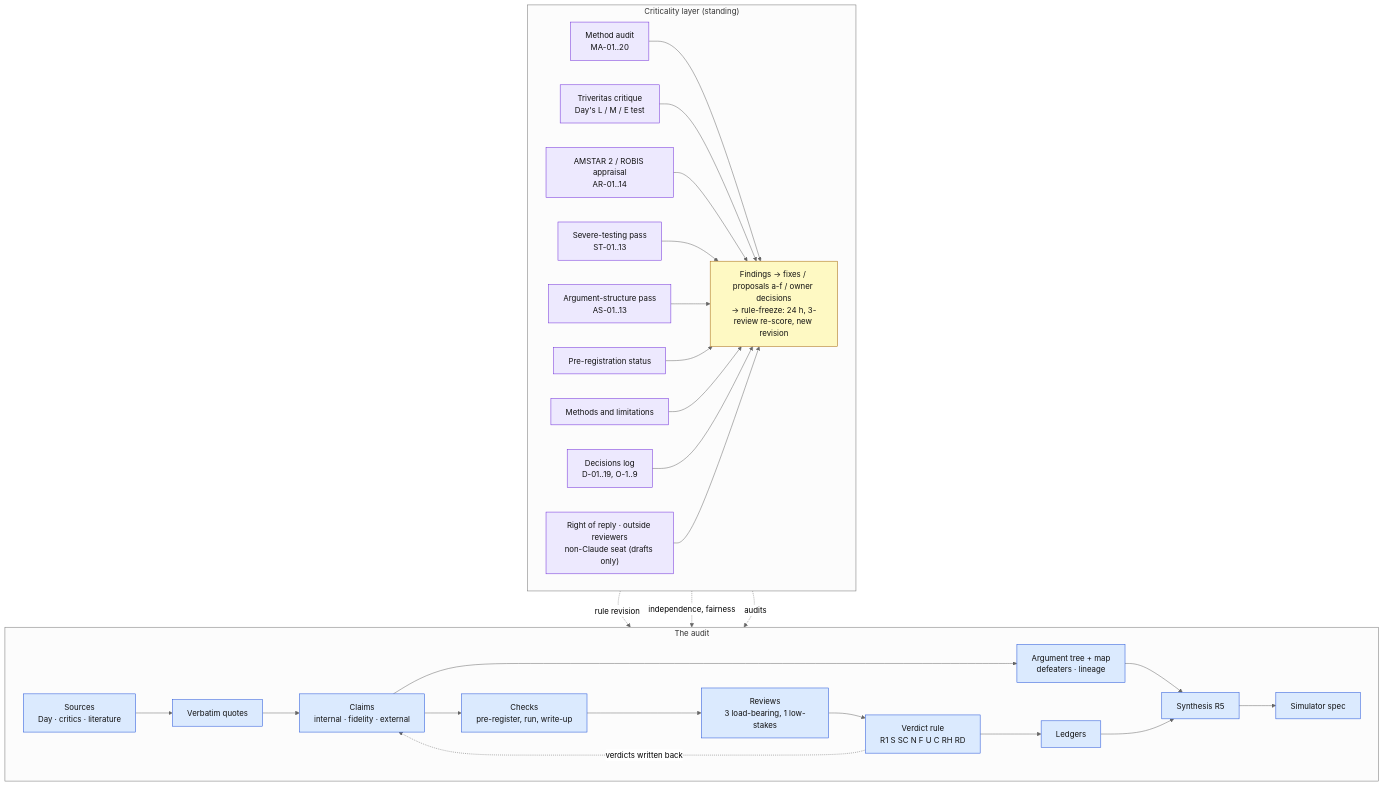
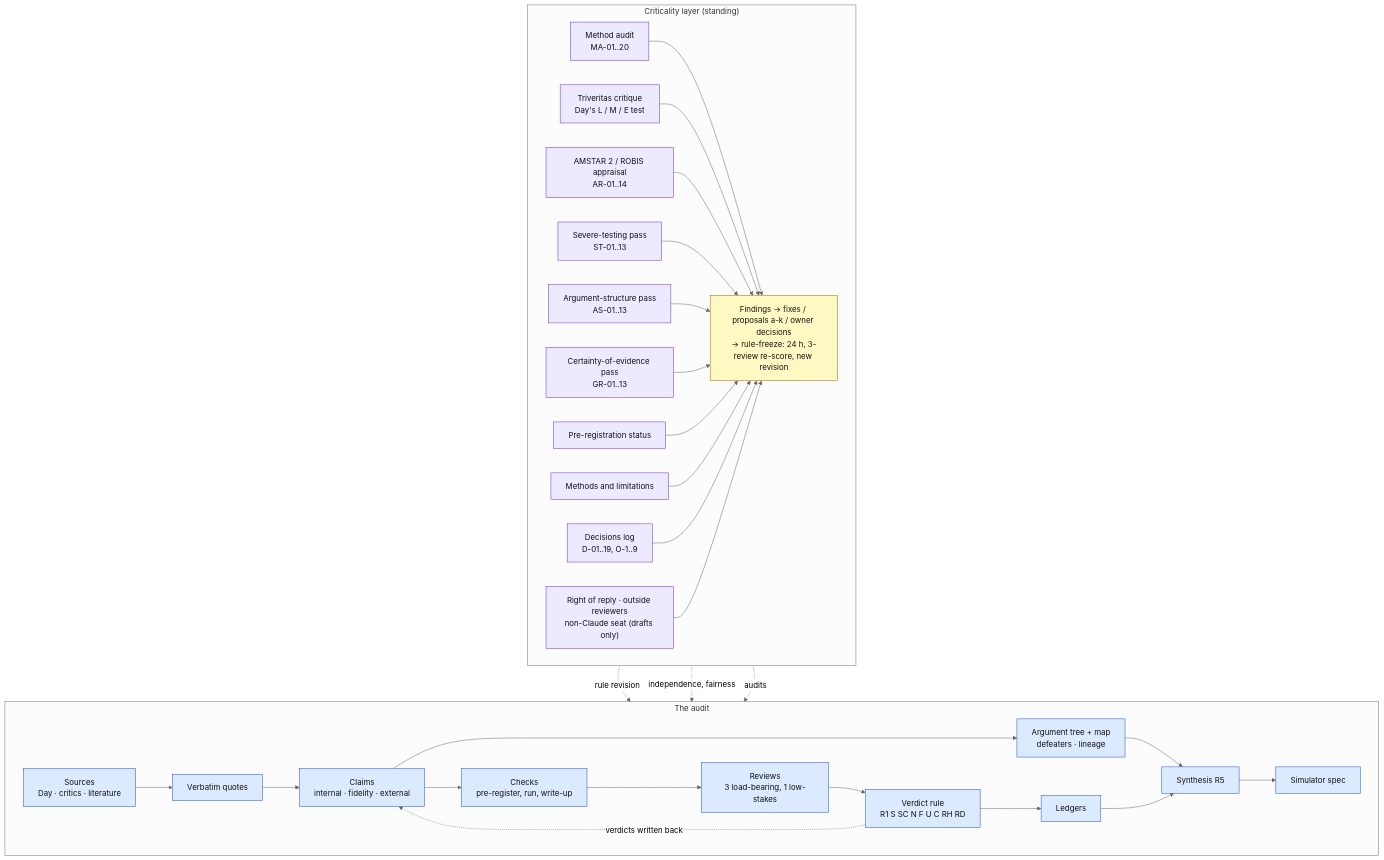
The diagram in docs/research/criticality/README.md (nickallevato/evo-sim), drawn with Mermaid (neutral theme) before and after one commit. The commit also changed other lines of this file and 5 other files, not shown here.

````diff
--- a/docs/research/criticality/README.md
+++ b/docs/research/criticality/README.md
@@ -13,33 +13,34 @@
 ```mermaid
 flowchart TB
   subgraph CORE["The audit"]
     direction LR
     SRC["Sources<br/>Day · critics · literature"] --> Q["Verbatim quotes"] --> CL["Claims<br/>internal · fidelity · external"] --> MAP["Argument tree + map<br/>defeaters · lineage"] --> R5["Synthesis R5"] --> SIM["Simulator spec"]
     CL --> CH["Checks<br/>pre-register, run, write-up"] --> RV["Reviews<br/>3 load-bearing, 1 low-stakes"] --> VR["Verdict rule<br/>R1 S SC N F U C RH RD"] --> LG["Ledgers"] --> R5
     VR -. "verdicts written back" .-> CL
   end
   subgraph CRIT["Criticality layer (standing)"]
     direction LR
     MA["Method audit<br/>MA-01..20"]
     TV["Triveritas critique<br/>Day's L / M / E test"]
     AR["AMSTAR 2 / ROBIS appraisal<br/>AR-01..14"]
     ST["Severe-testing pass<br/>ST-01..13"]
     AS["Argument-structure pass<br/>AS-01..13"]
+    GR["Certainty-of-evidence pass<br/>GR-01..13"]
     PR["Pre-registration status"]
     ML["Methods and limitations"]
     DL["Decisions log<br/>D-01..19, O-1..9"]
     OUT["Right of reply · outside reviewers<br/>non-Claude seat (drafts only)"]
-    FB["Findings → fixes / proposals a-f / owner decisions<br/>→ rule-freeze: 24 h, 3-review re-score, new revision"]
-    MA & TV & AR & ST & AS & PR & ML & DL & OUT --> FB
+    FB["Findings → fixes / proposals a-k / owner decisions<br/>→ rule-freeze: 24 h, 3-review re-score, new revision"]
+    MA & TV & AR & ST & AS & GR & PR & ML & DL & OUT --> FB
   end
   CRIT -. "audits" .-> CORE
   FB -. "rule revision" .-> VR
   FB -. "independence, fairness" .-> RV
 
   classDef core fill:#dbeafe,stroke:#1d4ed8,color:#111
   classDef crit fill:#ede9fe,stroke:#6d28d9,color:#111
   classDef fb fill:#fef9c3,stroke:#a16207,color:#111
   class SRC,Q,CL,MAP,R5,SIM,CH,RV,VR,LG core
-  class MA,TV,AR,ST,AS,PR,ML,DL,OUT crit
+  class MA,TV,AR,ST,AS,GR,PR,ML,DL,OUT crit
   class FB fb
 ```
````
